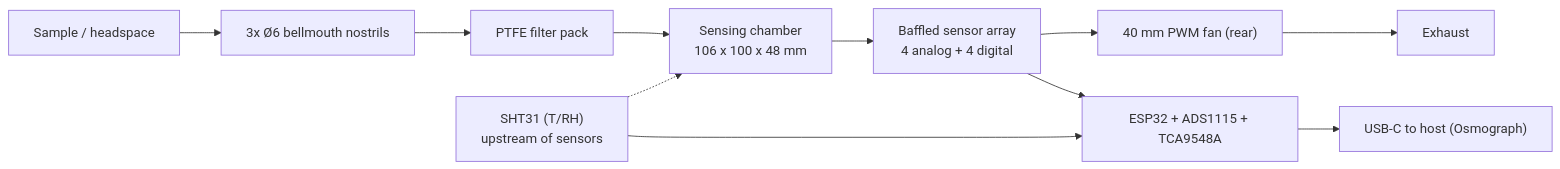
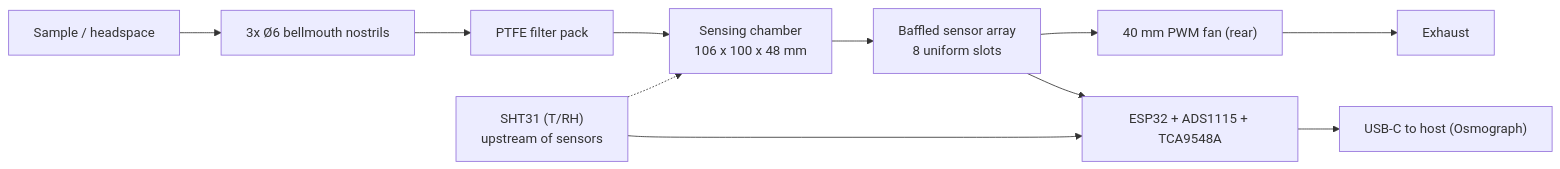
The first of 3 diagrams in docs/blueprint.md (OpenSmell/smell-monitor), drawn with Mermaid before and after one commit. The commit also changed other lines of this file and 9 other files, not shown here.

````diff
--- a/docs/blueprint.md
+++ b/docs/blueprint.md
@@ -117,13 +120,13 @@
 ```mermaid
 flowchart LR
     S[Sample / headspace] --> N["3x Ø6 bellmouth nostrils"]
     N --> F[PTFE filter pack]
     F --> C["Sensing chamber<br/>106 x 100 x 48 mm"]
-    C --> B["Baffled sensor array<br/>4 analog + 4 digital"]
+    C --> B["Baffled sensor array<br/>8 uniform slots"]
     B --> X["40 mm PWM fan (rear)"]
     X --> E[Exhaust]
     ENV["SHT31 (T/RH)<br/>upstream of sensors"] -.-> C
     B --> M["ESP32 + ADS1115 + TCA9548A"]
     ENV --> M
     M --> U["USB-C to host (Osmograph)"]
 ```
````
